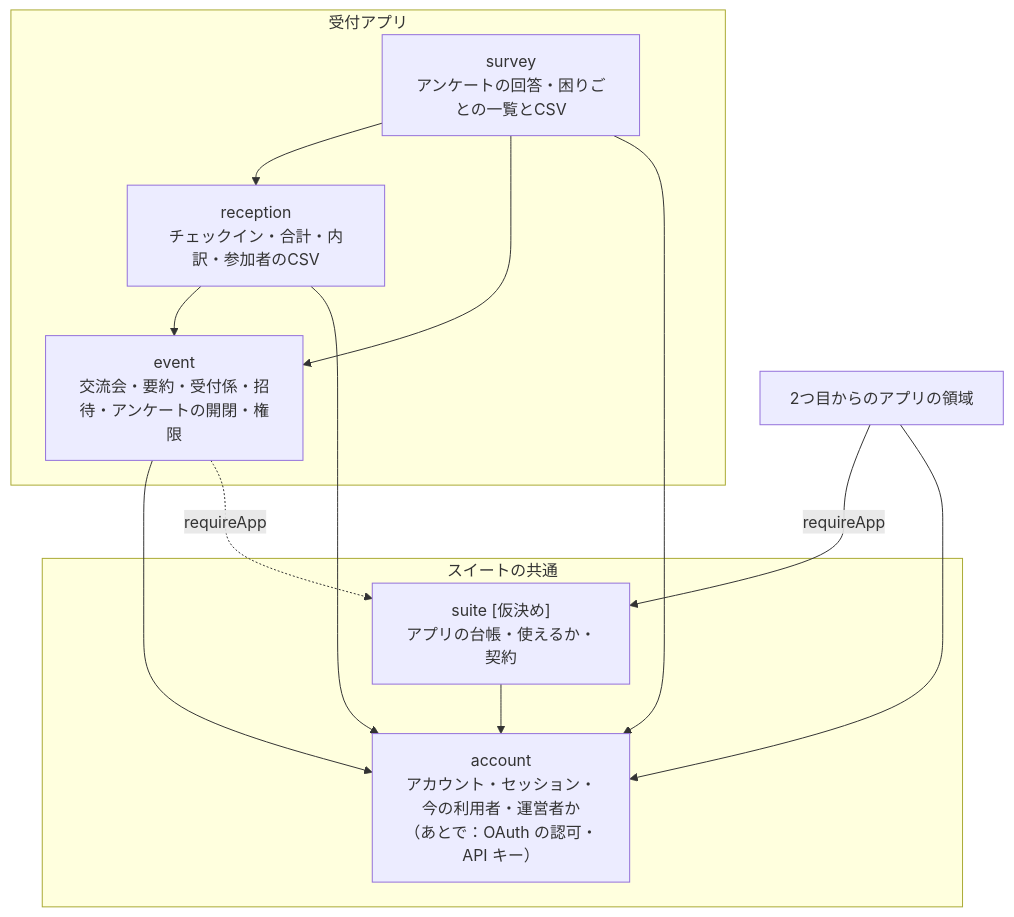
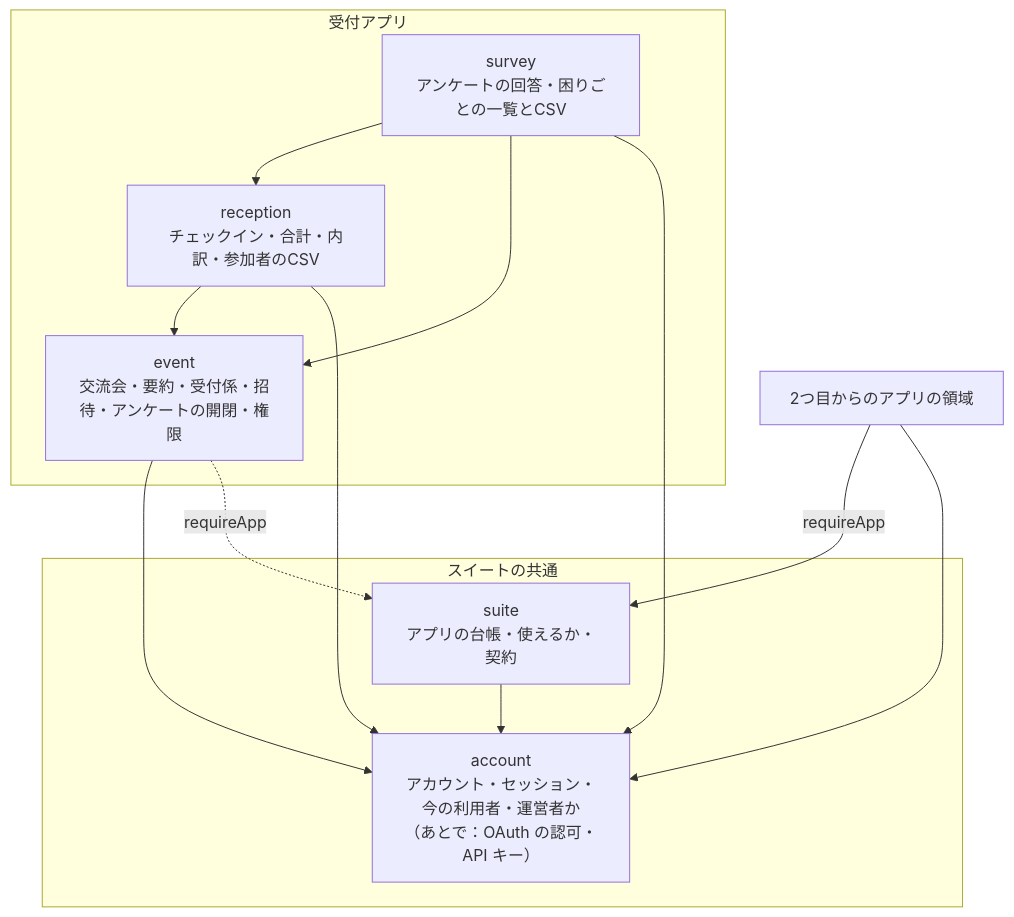
One commit to takumi-okuya-dev/kanaeru-apps changed the first of 3 diagrams in _bmad-output/architecture-kanaeru/architecture-kanaeru.md. Above: the diagram before and after it, drawn with Mermaid. The commit also changed other lines of this file and 5 other files, not shown here.

````diff
--- a/_bmad-output/architecture-kanaeru/architecture-kanaeru.md
+++ b/_bmad-output/architecture-kanaeru/architecture-kanaeru.md
@@ -26,23 +26,23 @@
 ```mermaid
 flowchart TB
   subgraph common["スイートの共通"]
     account["account<br/>アカウント・セッション・今の利用者・運営者か<br/>（あとで：OAuth の認可・API キー）"]
-    suite["suite [仮決め]<br/>アプリの台帳・使えるか・契約"]
+    suite["suite<br/>アプリの台帳・使えるか・契約"]
   end
   subgraph reception_app["受付アプリ"]
     event["event<br/>交流会・要約・受付係・招待・アンケートの開閉・権限"]
     reception["reception<br/>チェックイン・合計・内訳・参加者のCSV"]
     survey["survey<br/>アンケートの回答・困りごとの一覧とCSV"]
   end
   next["2つ目からのアプリの領域"]
   suite --> account
   event --> account
   reception --> event
   reception --> account
   survey --> reception
   survey --> event
   survey --> account
   event -.->|"requireApp"| suite
   next -->|"requireApp"| suite
   next --> account
 ```
````
